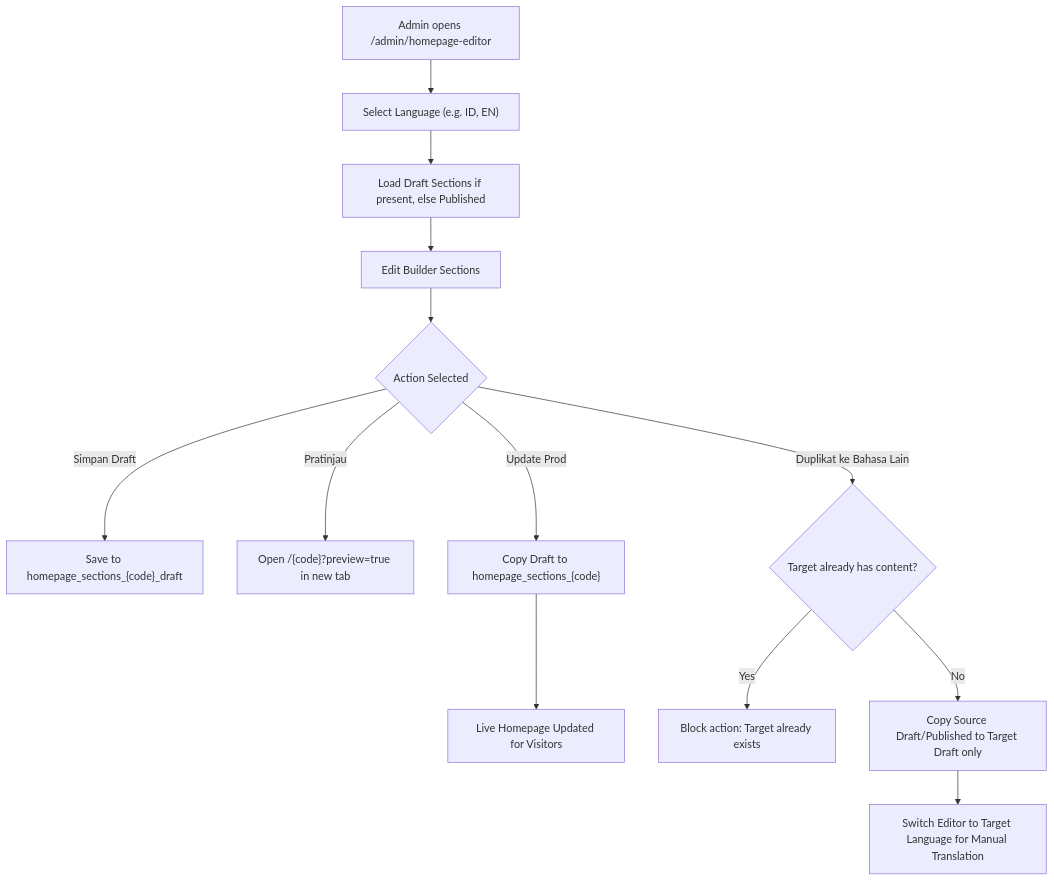
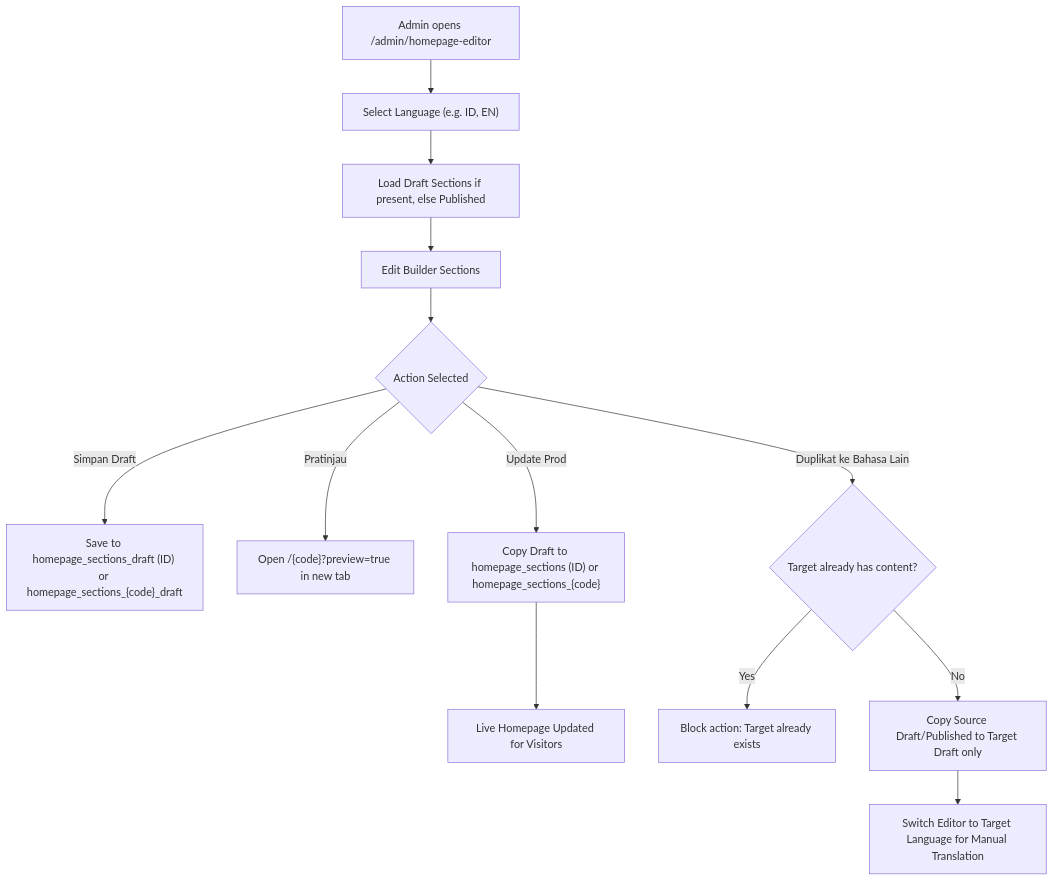
One commit to Madeena-software/madeena-company-profile changed the second of 5 diagrams in docs/PRD.md. Above: the diagram before and after it, drawn with Mermaid. The commit also changed other lines of this file and 2 other files, not shown here.

````diff
--- a/docs/PRD.md
+++ b/docs/PRD.md
@@ -218,17 +221,17 @@
 ```mermaid
 flowchart TD
     A["Admin opens /admin/homepage-editor"] --> B["Select Language (e.g. ID, EN)"]
     B --> C["Load Draft Sections if present, else Published"]
     C --> D["Edit Builder Sections"]
 
     D --> E{"Action Selected"}
-    E -- "Simpan Draft" --> F["Save to homepage_sections_{code}_draft"]
+    E -- "Simpan Draft" --> F["Save to homepage_sections_draft (ID) or homepage_sections_{code}_draft"]
     E -- "Pratinjau" --> G["Open /{code}?preview=true in new tab"]
-    E -- "Update Prod" --> H["Copy Draft to homepage_sections_{code}"]
+    E -- "Update Prod" --> H["Copy Draft to homepage_sections (ID) or homepage_sections_{code}"]
     H --> I["Live Homepage Updated for Visitors"]
 
     E -- "Duplikat ke Bahasa Lain" --> J{"Target already has content?"}
     J -- Yes --> K["Block action: Target already exists"]
     J -- No --> L["Copy Source Draft/Published to Target Draft only"]
     L --> M["Switch Editor to Target Language for Manual Translation"]
 ```
````
